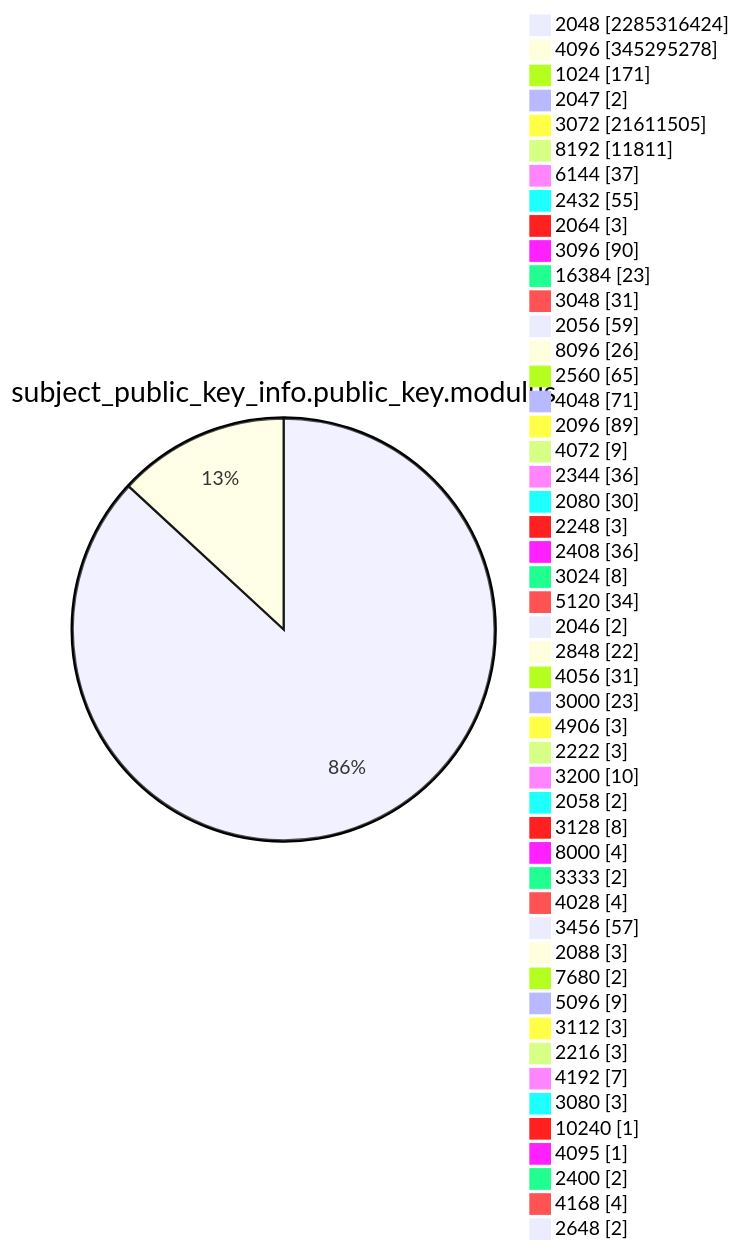
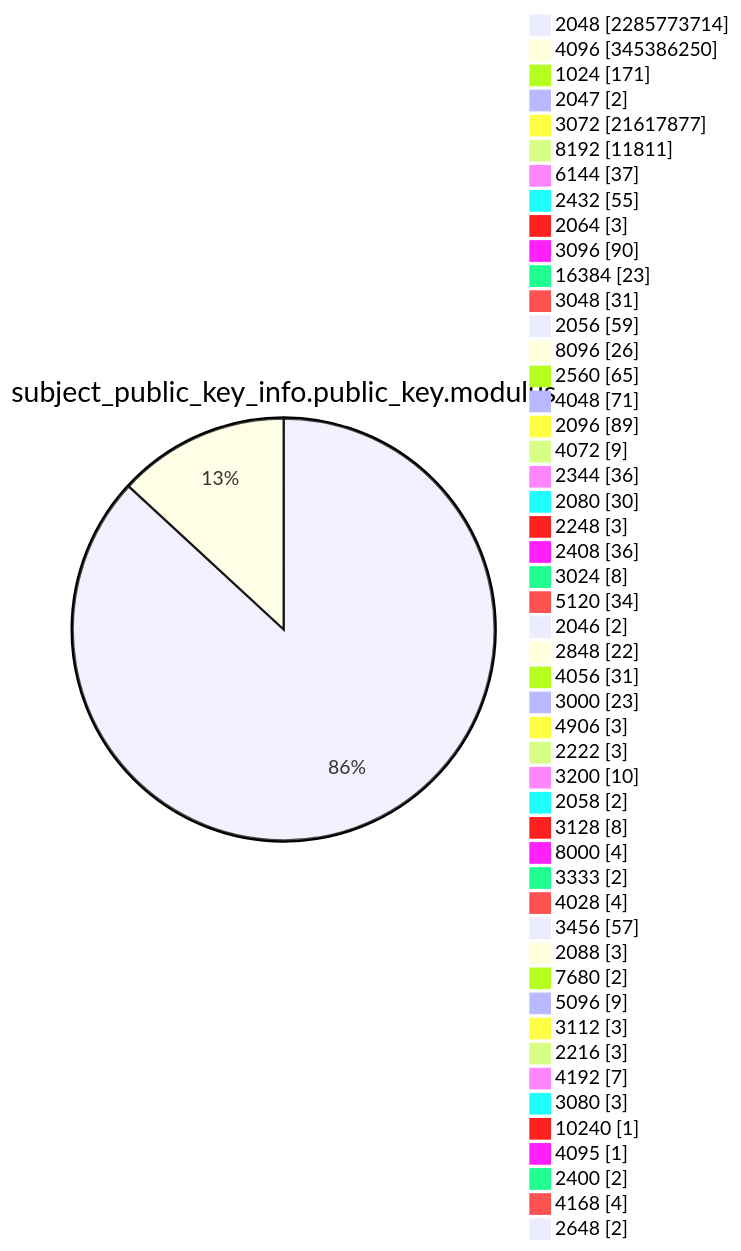
Diagram 13 of 15 in TOTAL/README.md (christiankrug/ctmonitor_visualization), drawn with Mermaid before and after one commit. The commit also changed other lines of this file, not shown here.

````diff
--- a/TOTAL/README.md
+++ b/TOTAL/README.md
@@ -4167,53 +4167,53 @@
 ```mermaid
 pie showData
 title subject_public_key_info.public_key.modulus
-"2048" :2285316424
-"4096" :345295278
+"2048" :2285773714
+"4096" :345386250
 "1024" :171
 "2047" :2
-"3072" :21611505
+"3072" :21617877
 "8192" :11811
 "6144" :37
 "2432" :55
 "2064" :3
 "3096" :90
 "16384" :23
 "3048" :31
 "2056" :59
 "8096" :26
 "2560" :65
 "4048" :71
 "2096" :89
 "4072" :9
 "2344" :36
 "2080" :30
 "2248" :3
 "2408" :36
 "3024" :8
 "5120" :34
 "2046" :2
 "2848" :22
 "4056" :31
 "3000" :23
 "4906" :3
 "2222" :3
 "3200" :10
 "2058" :2
 "3128" :8
 "8000" :4
 "3333" :2
 "4028" :4
 "3456" :57
 "2088" :3
 "7680" :2
 "5096" :9
 "3112" :3
 "2216" :3
 "4192" :7
 "3080" :3
 "10240" :1
 "4095" :1
 "2400" :2
 "4168" :4
 "2648" :2
 ```
````
